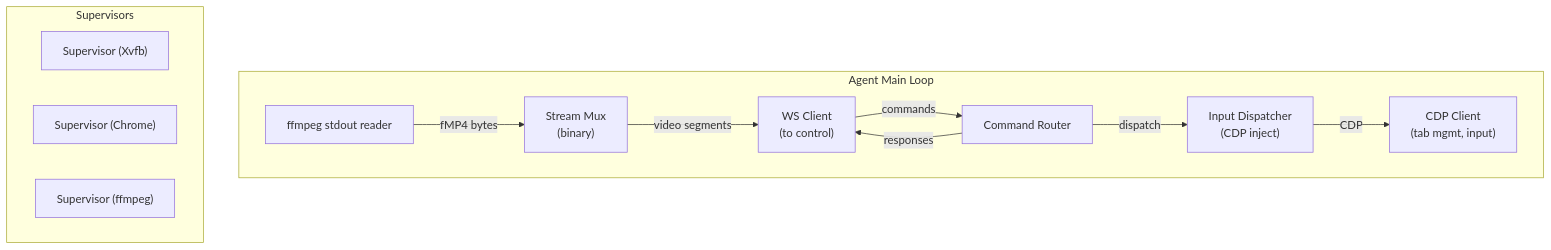
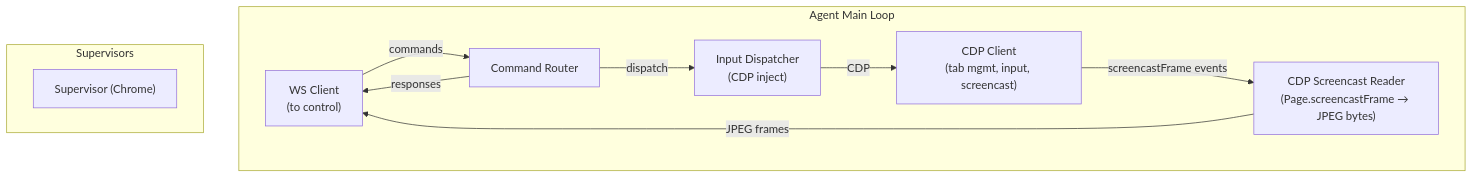
One commit to cnjack/jbrowser changed the fourth of 16 diagrams in internal-docs/02-architecture.md. Above: the diagram before and after it, drawn with Mermaid. The commit also changed other lines of this file and 11 other files, not shown here.

````diff
--- a/internal-docs/02-architecture.md
+++ b/internal-docs/02-architecture.md
@@ -359,24 +360,21 @@
 ```mermaid
 graph TB
     subgraph AgentMain["Agent Main Loop"]
         WSClient["WS Client\n(to control)"]
         CmdRouter["Command Router"]
         InputDispatch["Input Dispatcher\n(CDP inject)"]
-        StreamMux["Stream Mux\n(binary)"]
-        FFmpegReader["ffmpeg stdout reader"]
-        CDPCli["CDP Client\n(tab mgmt, input)"]
+        ScreencastReader["CDP Screencast Reader\n(Page.screencastFrame → JPEG bytes)"]
+        CDPCli["CDP Client\n(tab mgmt, input, screencast)"]
 
         WSClient -->|"commands"| CmdRouter
         CmdRouter -->|"responses"| WSClient
         CmdRouter -->|"dispatch"| InputDispatch
         InputDispatch -->|"CDP"| CDPCli
-        FFmpegReader -->|"fMP4 bytes"| StreamMux
-        StreamMux -->|"video segments"| WSClient
+        ScreencastReader -->|"JPEG frames"| WSClient
+        CDPCli -->|"screencastFrame events"| ScreencastReader
     end
 
     subgraph Supervisors["Supervisors"]
-        SupXvfb["Supervisor (Xvfb)"]
         SupChrome["Supervisor (Chrome)"]
-        SupFFmpeg["Supervisor (ffmpeg)"]
     end
 ```
````
